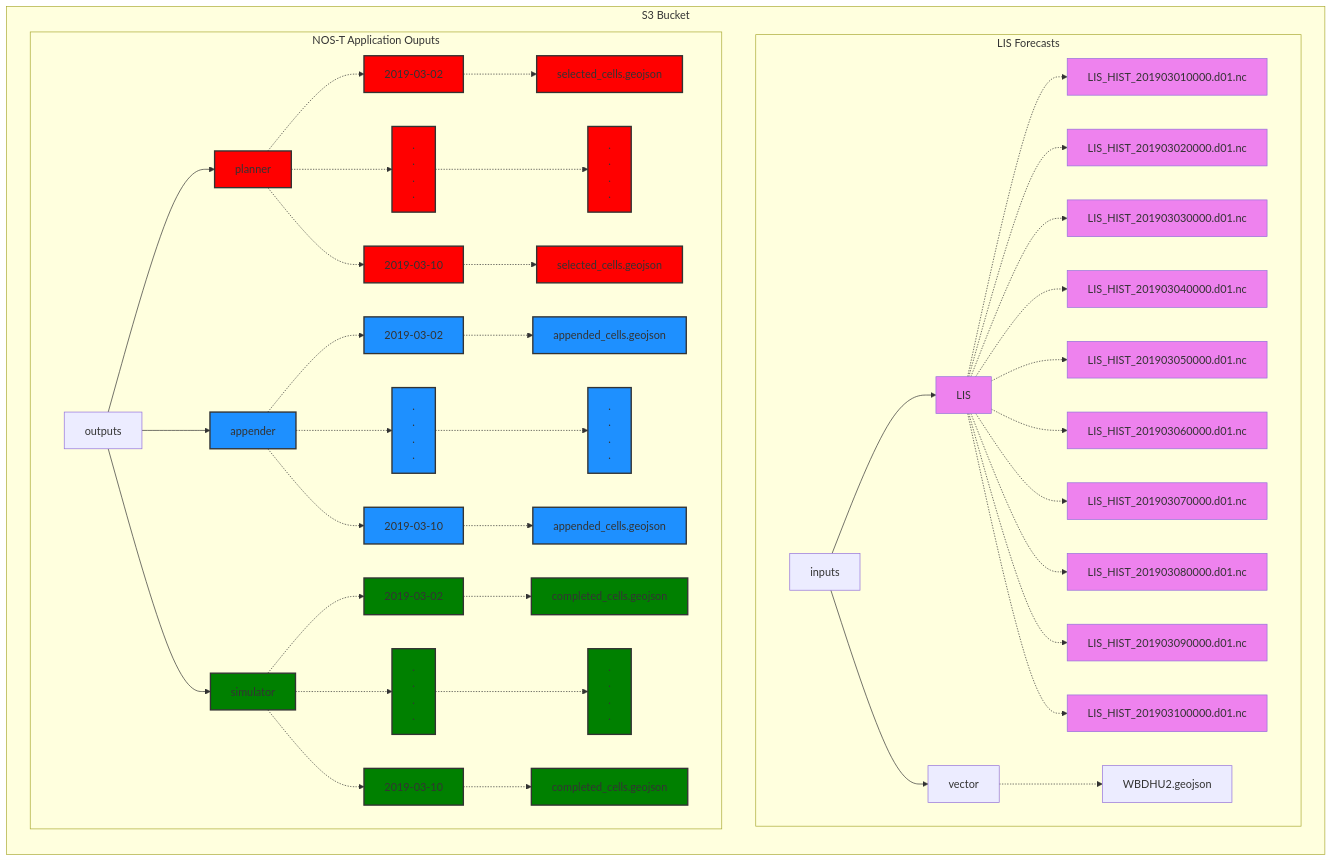
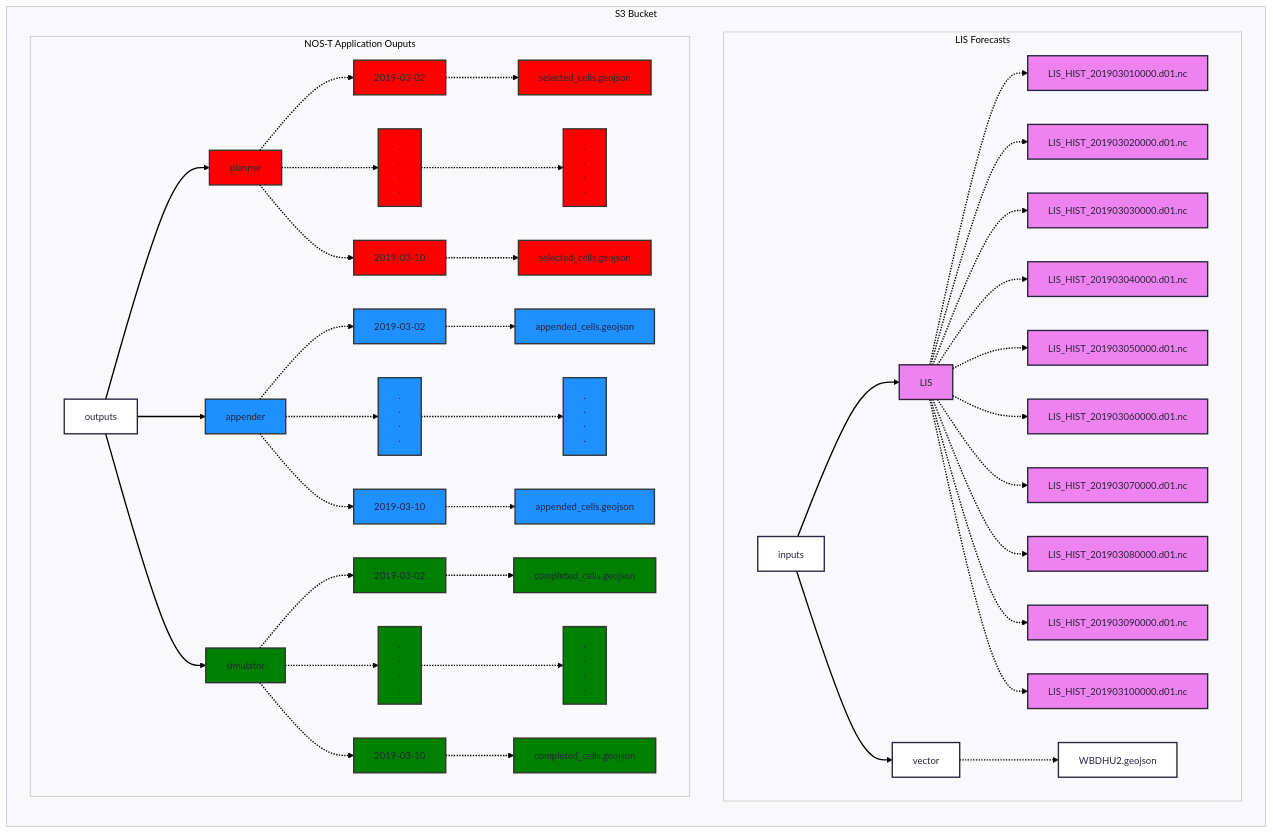
The third of 3 diagrams in README.md (code-lab-org/sos), drawn with Mermaid before and after one commit.

Commit message:
update figure

````diff
--- a/README.md
+++ b/README.md
@@ -170,4 +170,8 @@
 ```mermaid
+---
+config:
+  theme: redux
+---
 flowchart LR
     subgraph S3Bucket["S3 Bucket"]
         subgraph Inputs["LIS Forecasts"]
````
